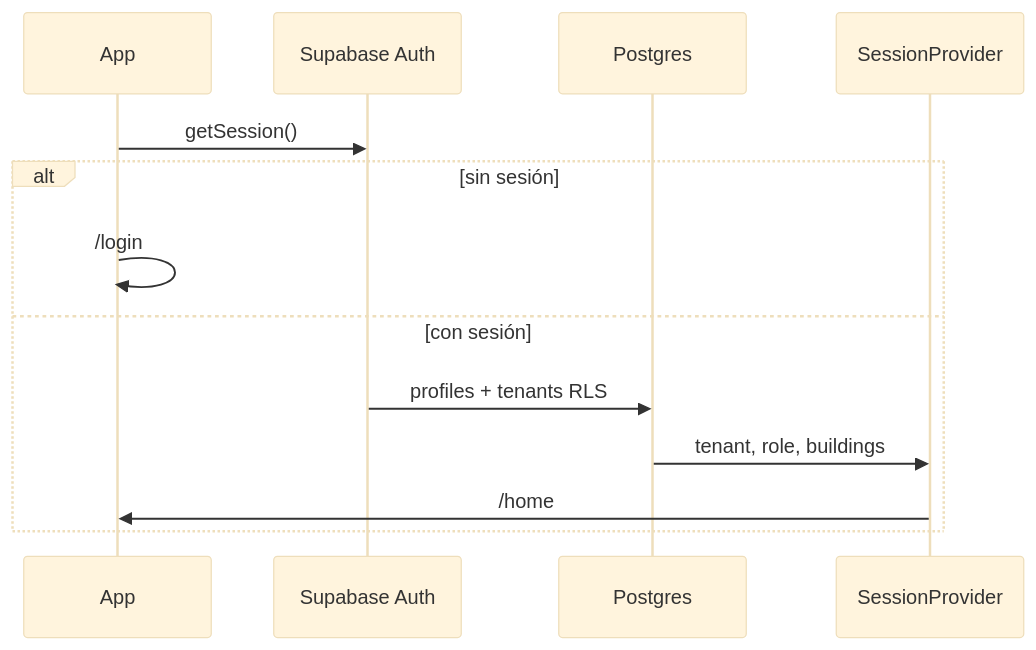
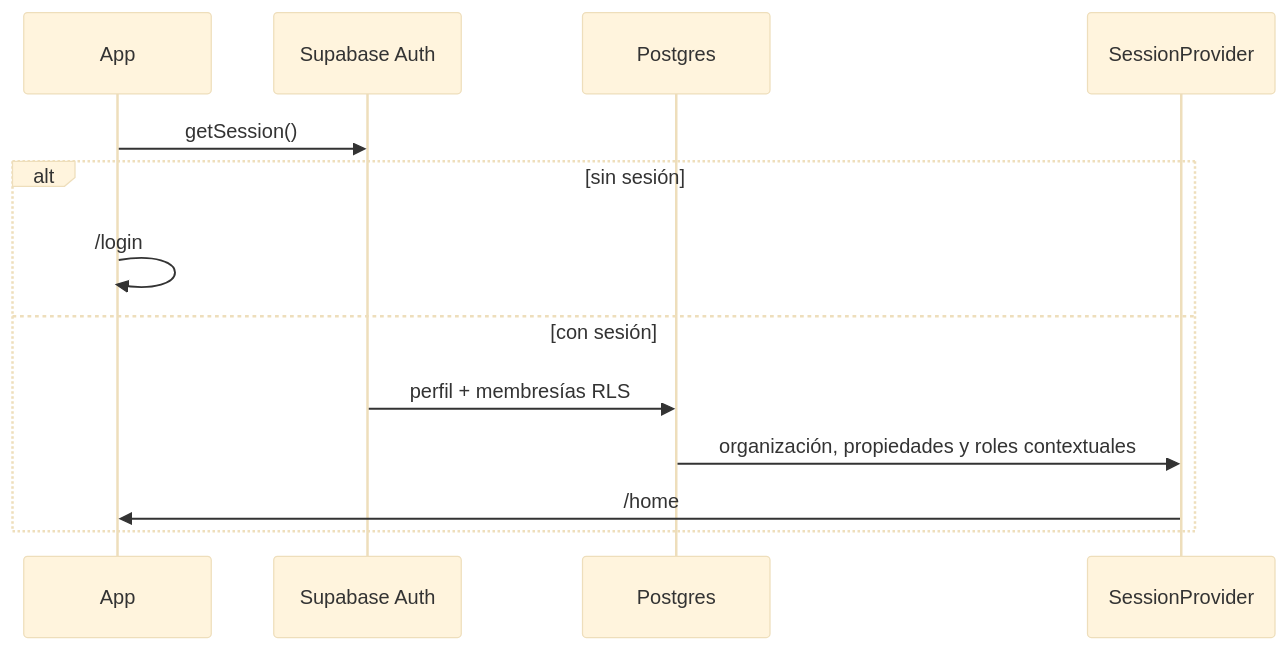
Before and after one commit to miguelgutierrezi/comunexa-app-v1: the fourth of 4 diagrams in docs/architecture.md, drawn with Mermaid (base theme). The commit also changed other lines of this file and 19 other files, not shown here.

````diff
--- a/docs/architecture.md
+++ b/docs/architecture.md
@@ -63,16 +111,16 @@
 ```mermaid
 sequenceDiagram
   participant App
   participant Auth as Supabase Auth
   participant PG as Postgres
   participant Session as SessionProvider
 
   App->>Auth: getSession()
   alt sin sesión
     App->>App: /login
   else con sesión
-    Auth->>PG: profiles + tenants RLS
-    PG->>Session: tenant, role, buildings
+    Auth->>PG: perfil + membresías RLS
+    PG->>Session: organización, propiedades y roles contextuales
     Session->>App: /home
   end
 ```
````
